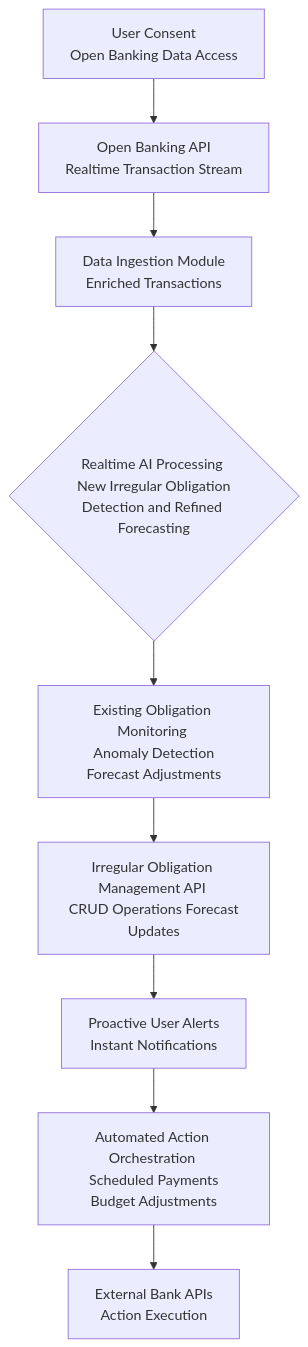
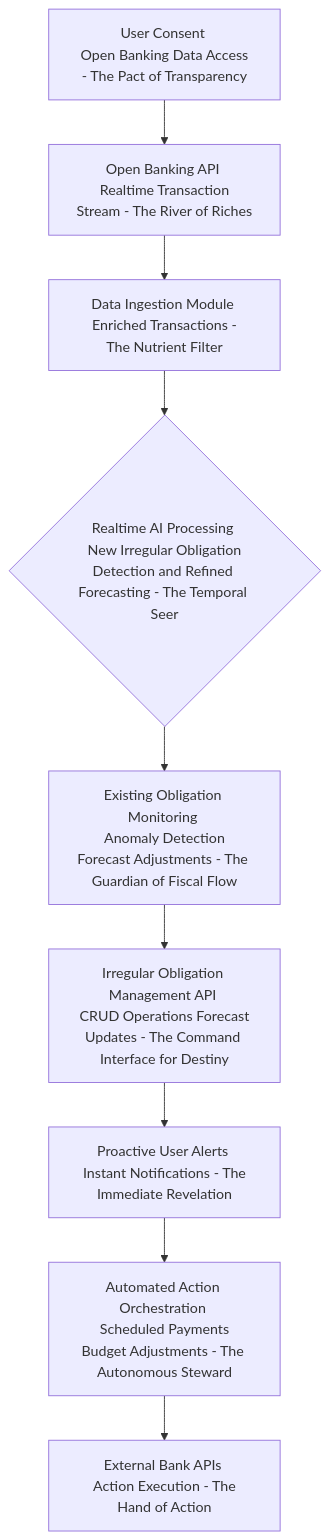
Before and after one commit to diplomat-bit/Citibank_Demo_Business_Inc_Demonstration-: the seventh of 10 diagrams in inventions/inventions/006_ai_subscription_detection/008_ai_irregular_expense_prediction.md, drawn with Mermaid. The commit also changed other lines of this file, not shown here.

````diff
--- a/inventions/inventions/006_ai_subscription_detection/008_ai_irregular_expense_prediction.md
+++ b/inventions/inventions/006_ai_subscription_detection/008_ai_irregular_expense_prediction.md
@@ -254,11 +255,11 @@
 ```mermaid
 graph TD
-    A[User Consent <br/> Open Banking Data Access] --> B[Open Banking API <br/> Realtime Transaction Stream]
-    B --> C[Data Ingestion Module <br/> Enriched Transactions]
-    C --> D{Realtime AI Processing <br/> New Irregular Obligation Detection and Refined Forecasting}
-    D --> E[Existing Obligation Monitoring <br/> Anomaly Detection Forecast Adjustments]
-    E --> F[Irregular Obligation Management API <br/> CRUD Operations Forecast Updates]
-    F --> G[Proactive User Alerts <br/> Instant Notifications]
-    G --> H[Automated Action Orchestration <br/> Scheduled Payments Budget Adjustments]
-    H --> I[External Bank APIs <br/> Action Execution]
+    A[User Consent <br/> Open Banking Data Access - The Pact of Transparency] --> B[Open Banking API <br/> Realtime Transaction Stream - The River of Riches]
+    B --> C[Data Ingestion Module <br/> Enriched Transactions - The Nutrient Filter]
+    C --> D{Realtime AI Processing <br/> New Irregular Obligation Detection and Refined Forecasting - The Temporal Seer}
+    D --> E[Existing Obligation Monitoring <br/> Anomaly Detection Forecast Adjustments - The Guardian of Fiscal Flow]
+    E --> F[Irregular Obligation Management API <br/> CRUD Operations Forecast Updates - The Command Interface for Destiny]
+    F --> G[Proactive User Alerts <br/> Instant Notifications - The Immediate Revelation]
+    G --> H[Automated Action Orchestration <br/> Scheduled Payments Budget Adjustments - The Autonomous Steward]
+    H --> I[External Bank APIs <br/> Action Execution - The Hand of Action]
 ```
````
